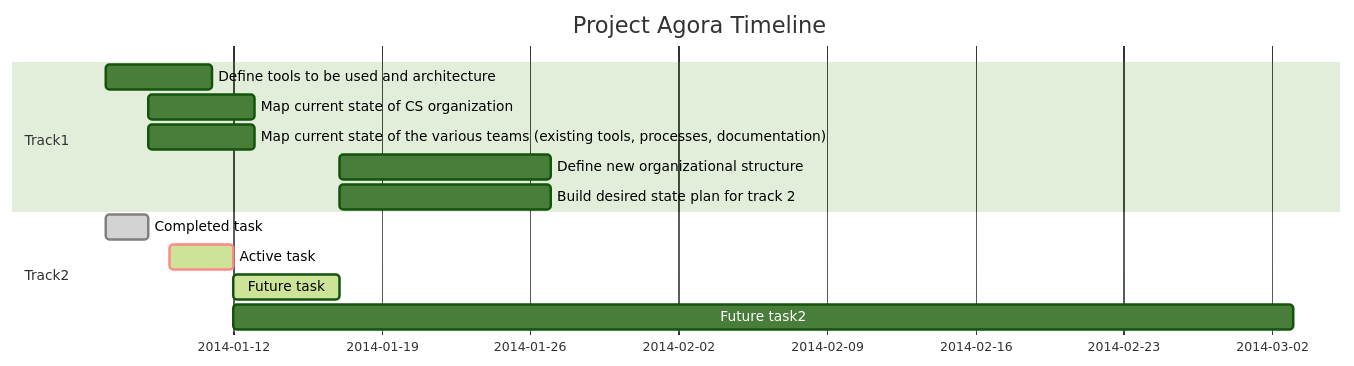
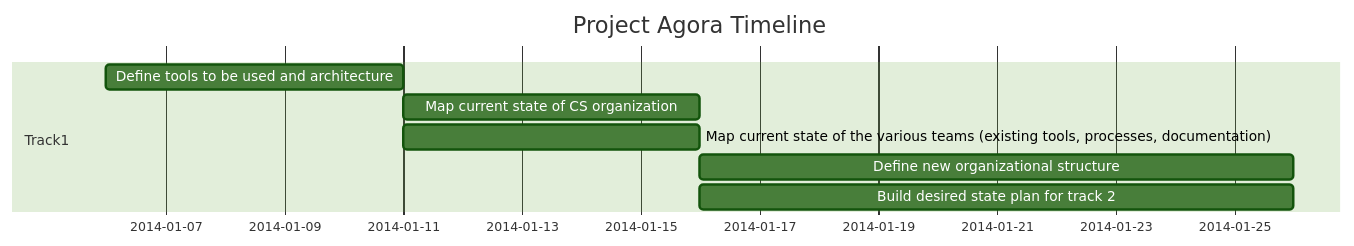
Before and after one commit to jc-fenelon/hello-world-template: the diagram in README.md, drawn with Mermaid (forest theme). The commit also changed other lines of this file, not shown here.

````diff
--- a/README.md
+++ b/README.md
@@ -19,18 +21,12 @@
 ```mermaid
         gantt
         dateFormat  YYYY-MM-DD
         title Project Agora Timeline
 
         section Track1
         Define tools to be used and architecture            :   des1, 2014-01-06, 5d
         Map current state of CS organization               :    des2, after des1, 5d
         Map current state of the various teams (existing tools, processes, documentation)               :  des3, after des1, 5d
         Define new organizational structure              :      des4, after des2 des3, 10d
         Build desired state plan for track 2             :      des5, after des3, 10d      
-        
-        section Track2
-        Completed task            :done,    des1, 2014-01-06,2014-01-08
-        Active task               :crit,active,  des2, 2014-01-09, 3d
-        Future task               :active,  des3, after des2, 5d
-        Future task2              :         des4, after des2, 50d
 ```
````
